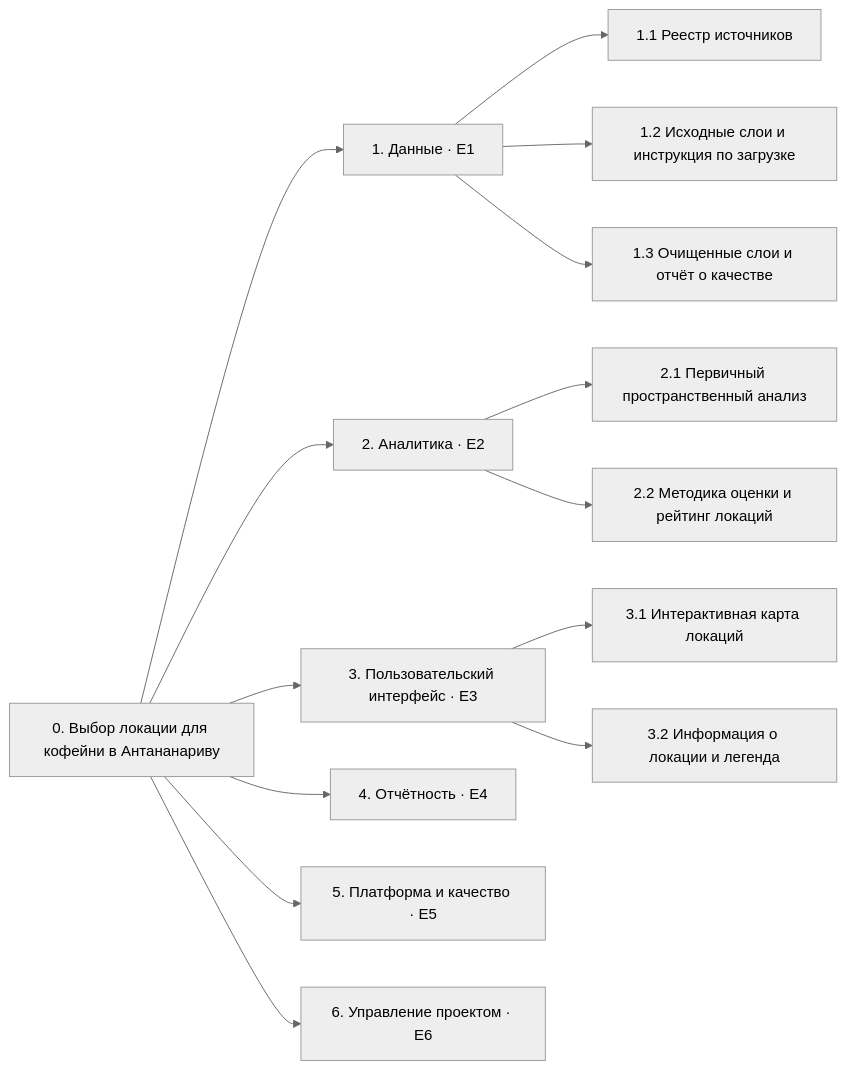
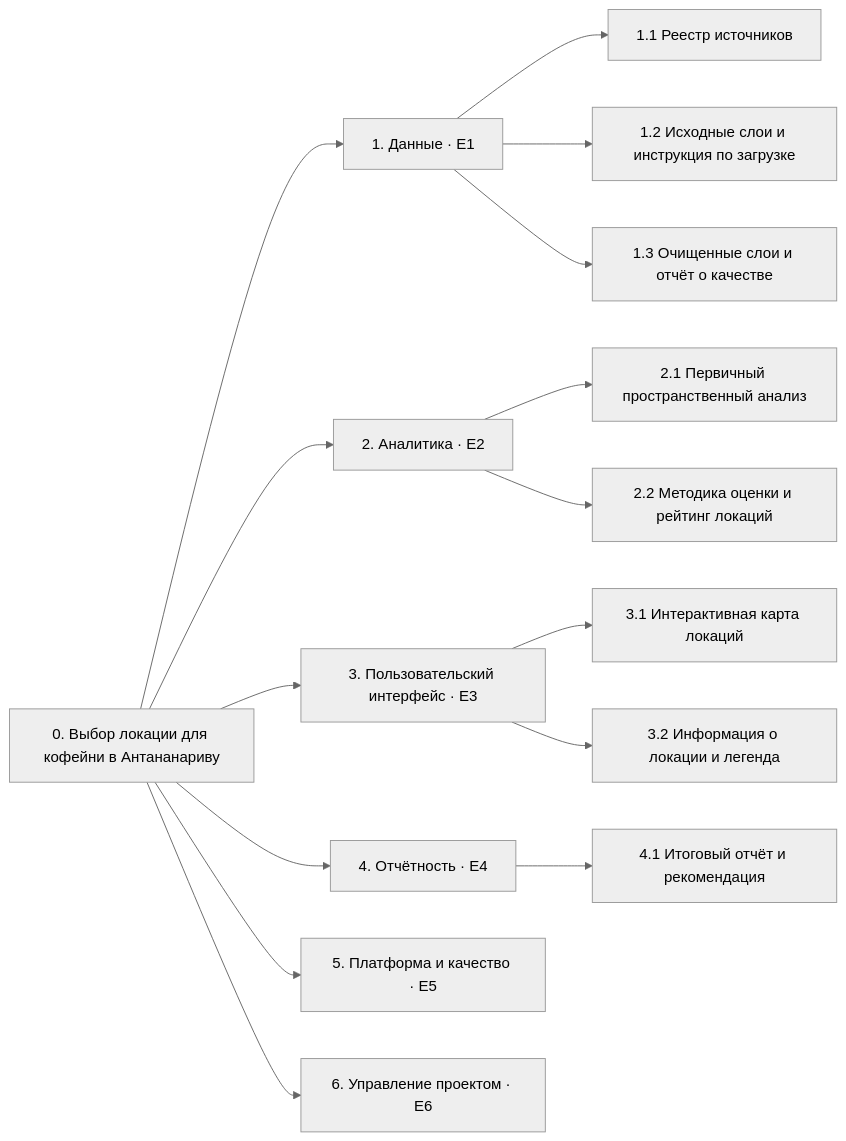
Before and after one commit to DedNadif/pm-lab-01-geomarket: the diagram in docs/wbs.md, drawn with Mermaid (neutral theme). The commit also changed other lines of this file, not shown here.

Commit message:
docs: add E4 reporting package to WBS (#31)

````diff
--- a/docs/wbs.md
+++ b/docs/wbs.md
@@ -5,18 +5,19 @@
 ```mermaid
 flowchart LR
     P["0. Выбор локации для кофейни в Антананариву"]
     P --> D["1. Данные · E1"]
     P --> A["2. Аналитика · E2"]
     P --> U["3. Пользовательский интерфейс · E3"]
     P --> R["4. Отчётность · E4"]
     P --> Q["5. Платформа и качество · E5"]
     P --> M["6. Управление проектом · E6"]
 
     D --> D1["1.1 Реестр источников"]
     D --> D2["1.2 Исходные слои и инструкция по загрузке"]
     D --> D3["1.3 Очищенные слои и отчёт о качестве"]
     A --> A1["2.1 Первичный пространственный анализ"]
     A --> A2["2.2 Методика оценки и рейтинг локаций"]
     U --> U1["3.1 Интерактивная карта локаций"]
     U --> U2["3.2 Информация о локации и легенда"]
+    R --> R1["4.1 Итоговый отчёт и рекомендация"]
 ```
````
